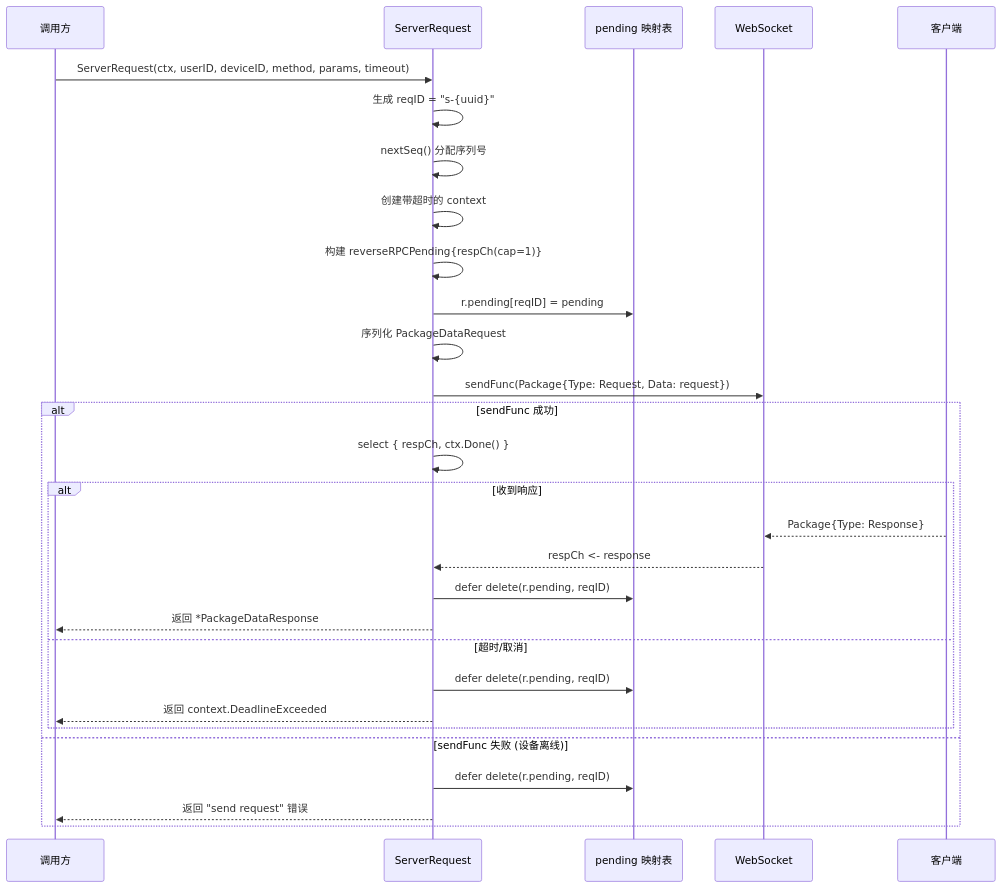
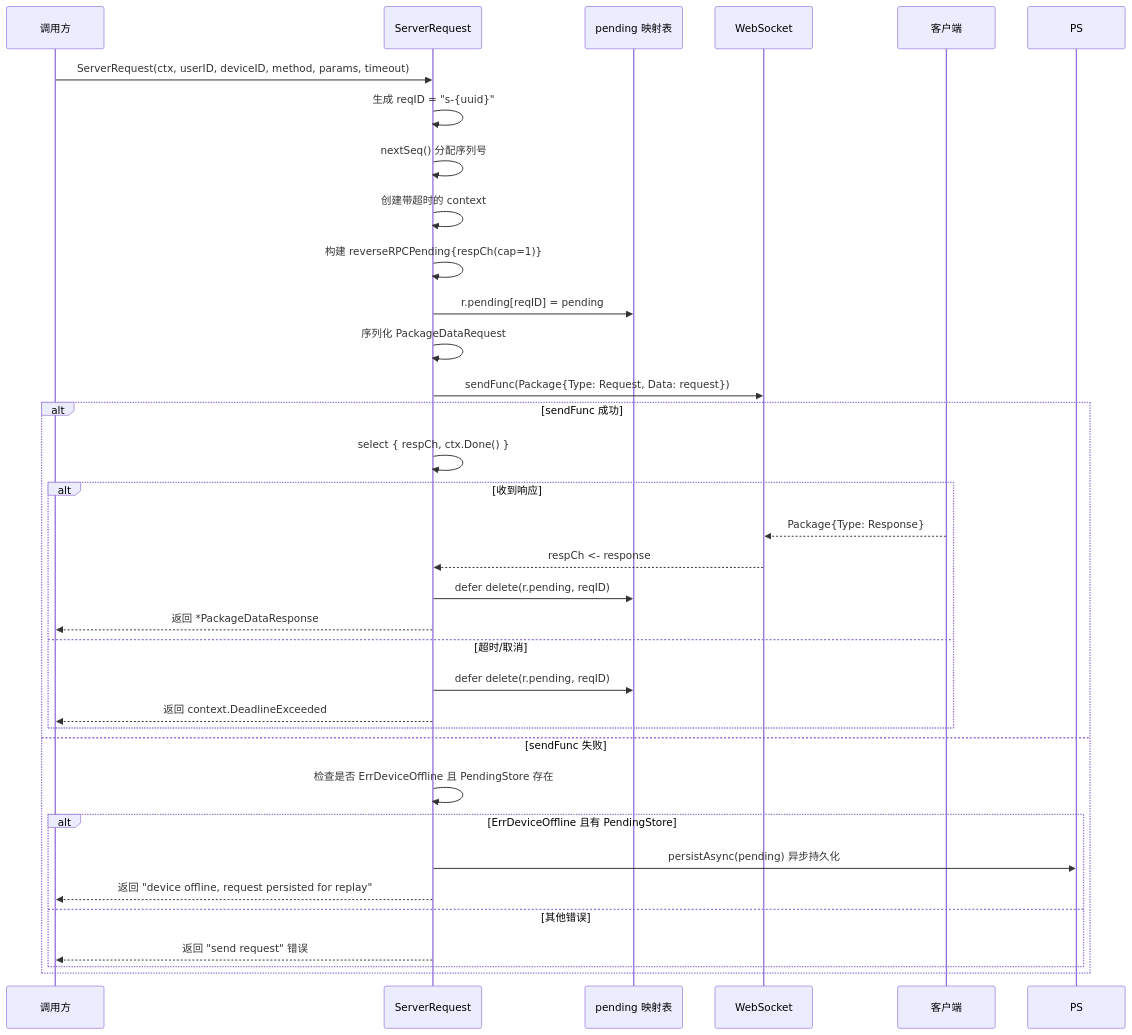
Before and after one commit to PineappleBond/xyncra-server: the second of 12 diagrams in wiki/flows/reverse-rpc.md, drawn with Mermaid. The commit also changed other lines of this file and 4 other files, not shown here.

First line of the commit message:
docs(wiki): accuracy improvements across flow documents

````diff
--- a/wiki/flows/reverse-rpc.md
+++ b/wiki/flows/reverse-rpc.md
@@ -201,34 +201,39 @@
 ```mermaid
 sequenceDiagram
     participant Caller as 调用方
     participant SRV as ServerRequest
     participant Pending as pending 映射表
     participant WS as WebSocket
     participant Client as 客户端
 
     Caller->>SRV: ServerRequest(ctx, userID, deviceID, method, params, timeout)
     SRV->>SRV: 生成 reqID = "s-{uuid}"
     SRV->>SRV: nextSeq() 分配序列号
     SRV->>SRV: 创建带超时的 context
     SRV->>SRV: 构建 reverseRPCPending{respCh(cap=1)}
 
     SRV->>Pending: r.pending[reqID] = pending
     SRV->>SRV: 序列化 PackageDataRequest
     SRV->>WS: sendFunc(Package{Type: Request, Data: request})
 
     alt sendFunc 成功
         SRV->>SRV: select { respCh, ctx.Done() }
         alt 收到响应
             Client-->>WS: Package{Type: Response}
             WS-->>SRV: respCh <- response
             SRV->>Pending: defer delete(r.pending, reqID)
             SRV-->>Caller: 返回 *PackageDataResponse
         else 超时/取消
             SRV->>Pending: defer delete(r.pending, reqID)
             SRV-->>Caller: 返回 context.DeadlineExceeded
         end
-    else sendFunc 失败 (设备离线)
-        SRV->>Pending: defer delete(r.pending, reqID)
-        SRV-->>Caller: 返回 "send request" 错误
+    else sendFunc 失败
+        SRV->>SRV: 检查是否 ErrDeviceOffline 且 PendingStore 存在
+        alt ErrDeviceOffline 且有 PendingStore
+            SRV->>PS: persistAsync(pending) 异步持久化
+            SRV-->>Caller: 返回 "device offline, request persisted for replay"
+        else 其他错误
+            SRV-->>Caller: 返回 "send request" 错误
+        end
     end
 ```
````
